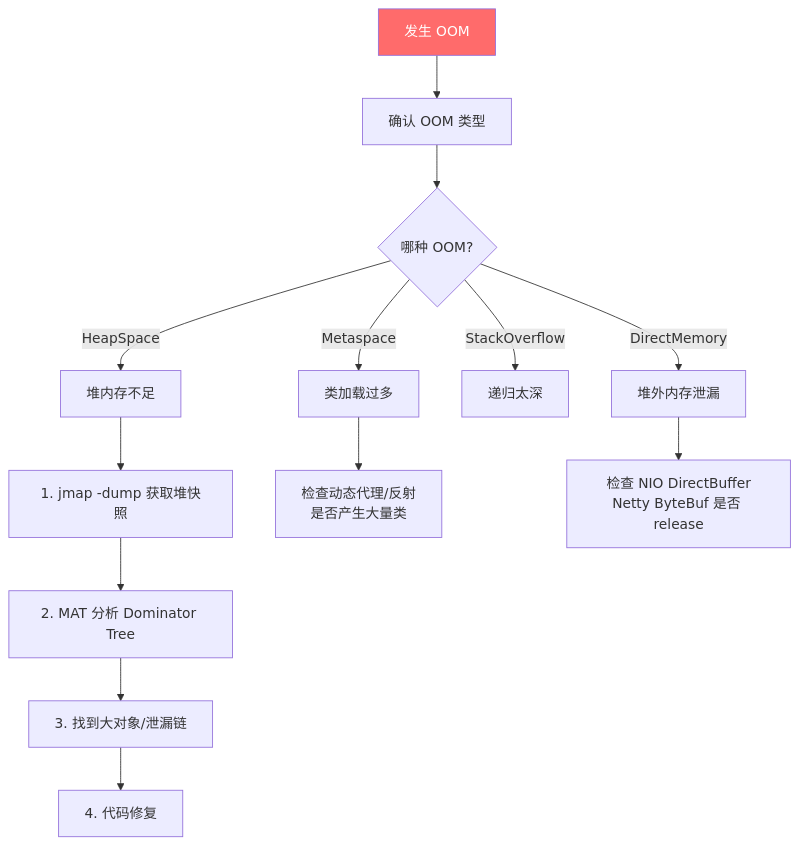
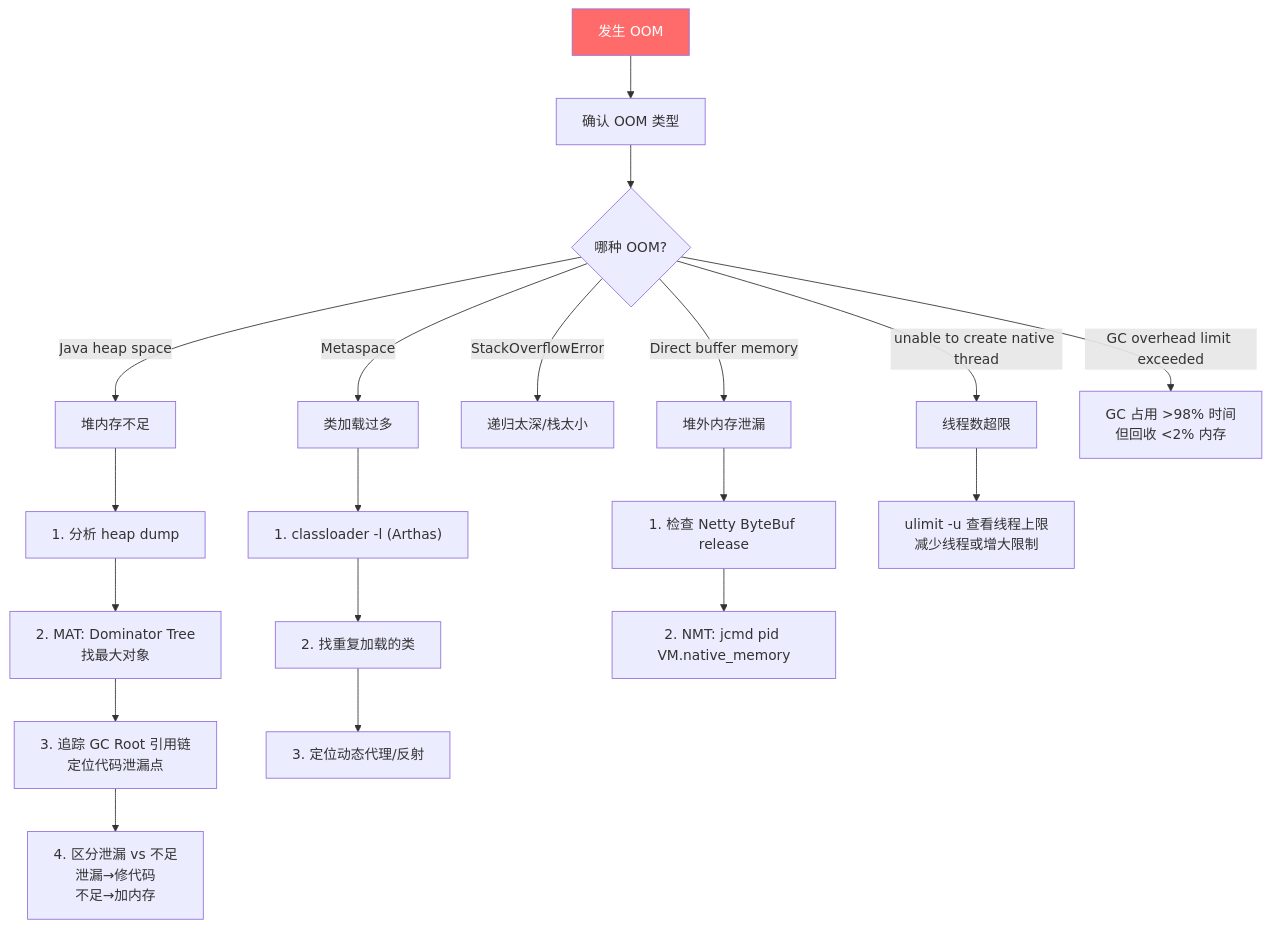
One commit to qigao0787-ops/gq-test changed diagram 20 of 34 in document/strengthen/性能调优面试总结_增强版.md. Above: the diagram before and after it, drawn with Mermaid. The commit also changed other lines of this file, not shown here.

````diff
--- a/document/strengthen/性能调优面试总结_增强版.md
+++ b/document/strengthen/性能调优面试总结_增强版.md
@@ -488,19 +1169,28 @@
 ```mermaid
 flowchart TD
-    A[发生 OOM] --> B[确认 OOM 类型]
-    B --> C{哪种 OOM?}
-    C -->|HeapSpace| D[堆内存不足]
-    C -->|Metaspace| E[类加载过多]
-    C -->|StackOverflow| F[递归太深]
-    C -->|DirectMemory| G[堆外内存泄漏]
+    A["发生 OOM"] --> B["确认 OOM 类型"]
+    B --> C{"哪种 OOM?"}
 
-    D --> D1["1. jmap -dump 获取堆快照"]
-    D1 --> D2["2. MAT 分析 Dominator Tree"]
-    D2 --> D3["3. 找到大对象/泄漏链"]
-    D3 --> D4["4. 代码修复"]
+    C -->|"Java heap space"| D["堆内存不足"]
+    C -->|"Metaspace"| E["类加载过多"]
+    C -->|"StackOverflowError"| F["递归太深/栈太小"]
+    C -->|"Direct buffer memory"| G["堆外内存泄漏"]
+    C -->|"unable to create native thread"| H["线程数超限"]
+    C -->|"GC overhead limit exceeded"| I["GC 占用 >98% 时间<br/>但回收 <2% 内存"]
 
-    E --> E1["检查动态代理/反射<br/>是否产生大量类"]
-    G --> G1["检查 NIO DirectBuffer<br/>Netty ByteBuf 是否 release"]
+    D --> D1["1. 分析 heap dump"]
+    D1 --> D2["2. MAT: Dominator Tree<br/>找最大对象"]
+    D2 --> D3["3. 追踪 GC Root 引用链<br/>定位代码泄漏点"]
+    D3 --> D4["4. 区分泄漏 vs 不足<br/>泄漏→修代码<br/>不足→加内存"]
+
+    E --> E1["1. classloader -l (Arthas)"]
+    E1 --> E2["2. 找重复加载的类"]
+    E2 --> E3["3. 定位动态代理/反射"]
+
+    G --> G1["1. 检查 Netty ByteBuf release"]
+    G1 --> G2["2. NMT: jcmd pid VM.native_memory"]
+
+    H --> H1["ulimit -u 查看线程上限<br/>减少线程或增大限制"]
 
     style A fill:#ff6b6b,color:#fff
 ```
````
